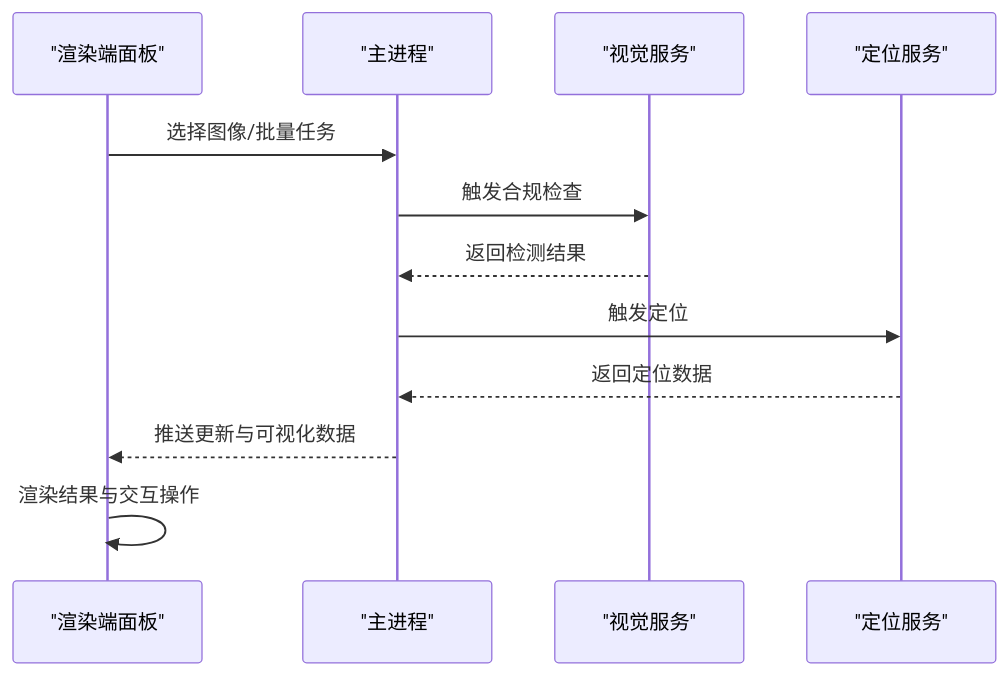
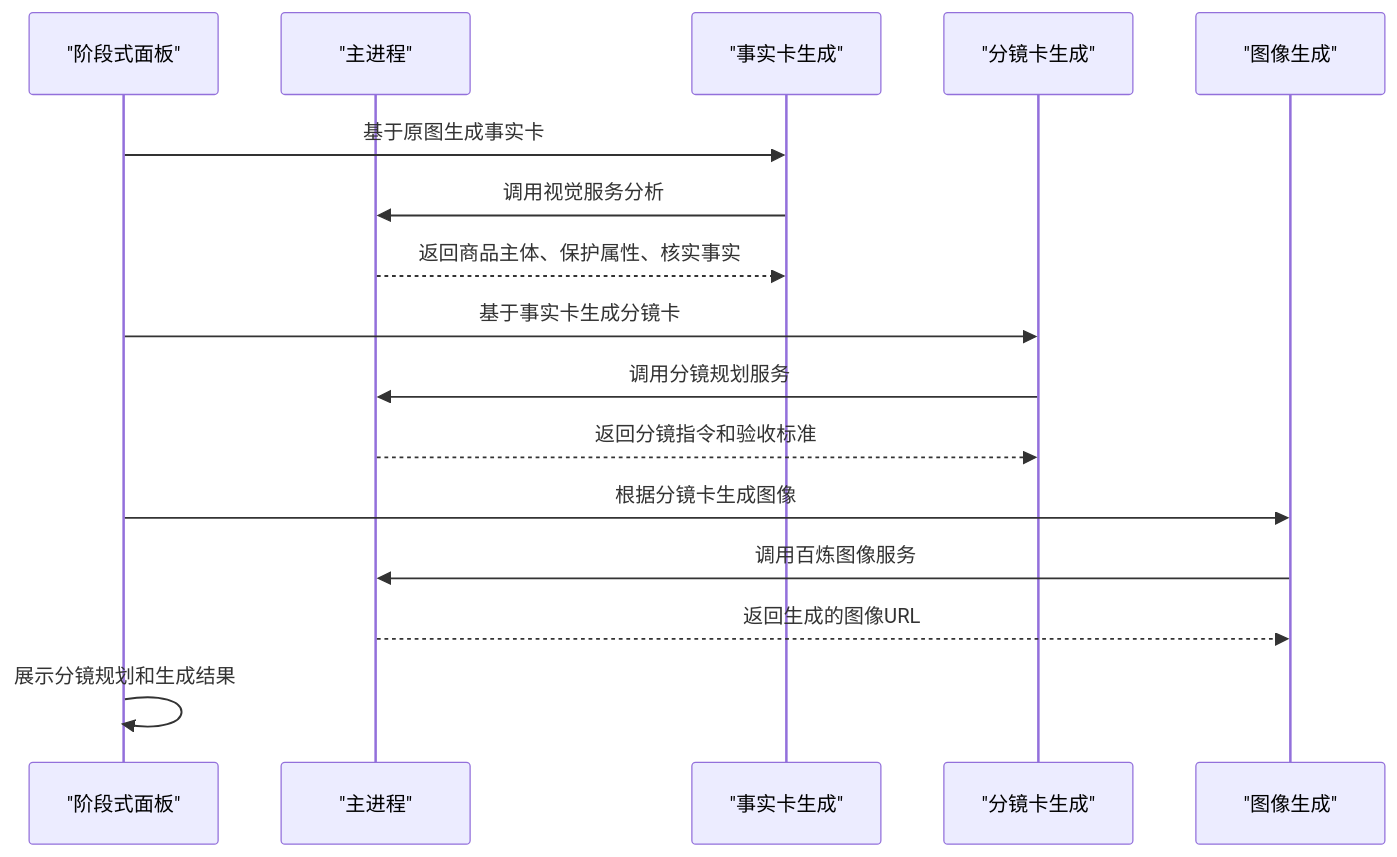
The fifth of 6 diagrams in .qoder/repowiki/zh/content/Ebay功能模块/图像合规检查/图像合规检查.md (iljahofbauer219-lang/yandu), drawn with Mermaid before and after one commit. The commit also changed other lines of this file and 3071 other files, not shown here.

````diff
--- a/.qoder/repowiki/zh/content/Ebay功能模块/图像合规检查/图像合规检查.md
+++ b/.qoder/repowiki/zh/content/Ebay功能模块/图像合规检查/图像合规检查.md
@@ -211,14 +206,18 @@
 ```mermaid
 sequenceDiagram
-participant UI as "渲染端面板"
+participant UI as "阶段式面板"
 participant Main as "主进程"
-participant Vision as "视觉服务"
-participant Ground as "定位服务"
-UI->>Main : 选择图像/批量任务
-Main->>Vision : 触发合规检查
-Vision-->>Main : 返回检测结果
-Main->>Ground : 触发定位
-Ground-->>Main : 返回定位数据
-Main-->>UI : 推送更新与可视化数据
-UI->>UI : 渲染结果与交互操作
+participant FactCard as "事实卡生成"
+participant Storyboard as "分镜卡生成"
+participant Generation as "图像生成"
+UI->>FactCard : 基于原图生成事实卡
+FactCard->>Main : 调用视觉服务分析
+Main-->>FactCard : 返回商品主体、保护属性、核实事实
+UI->>Storyboard : 基于事实卡生成分镜卡
+Storyboard->>Main : 调用分镜规划服务
+Main-->>Storyboard : 返回分镜指令和验收标准
+UI->>Generation : 根据分镜卡生成图像
+Generation->>Main : 调用百炼图像服务
+Main-->>Generation : 返回生成的图像URL
+UI->>UI : 展示分镜规划和生成结果
 ```
````
